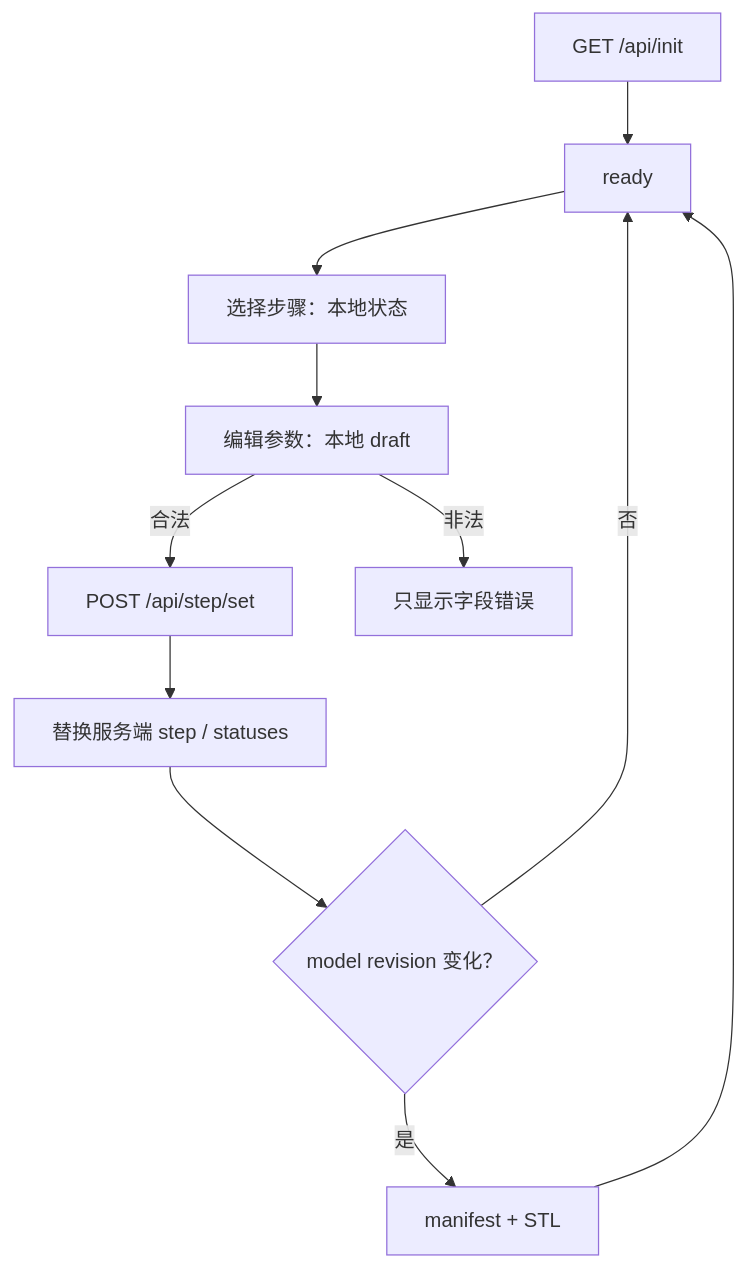
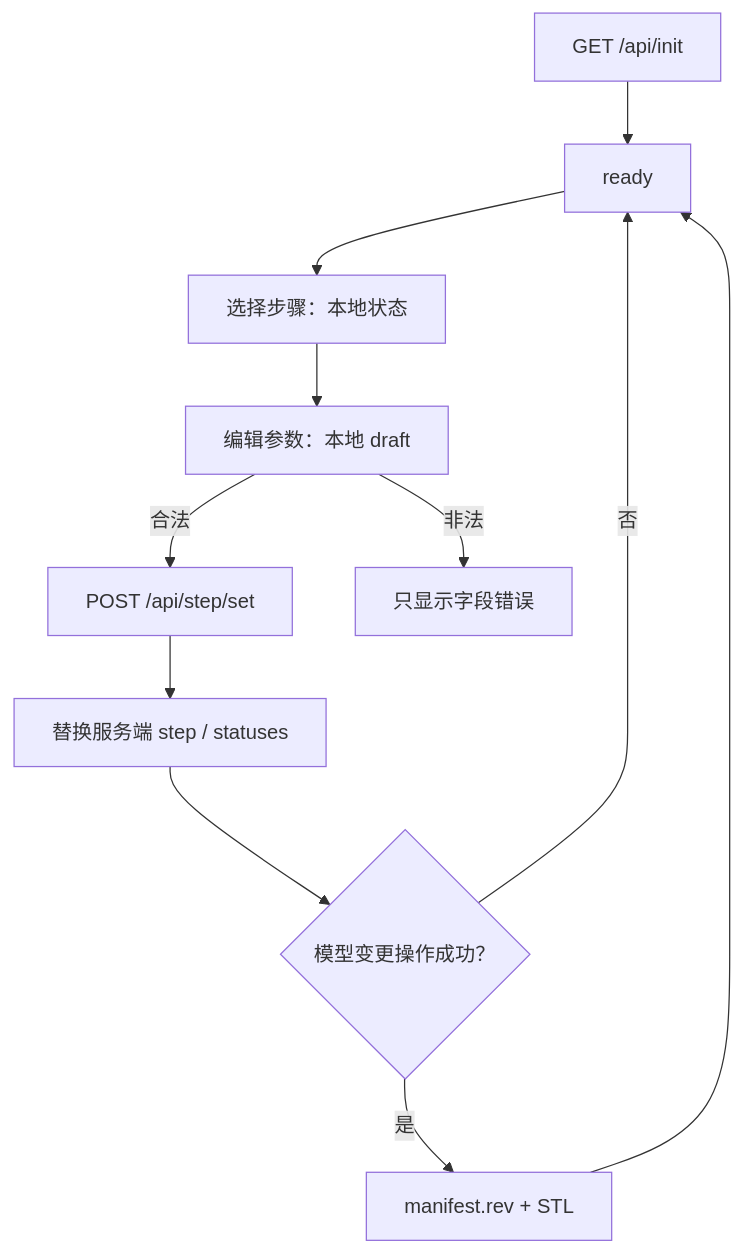
Before and after one commit to deepinwine/TCAD-Simulator: the second of 2 diagrams in docs/superpowers/specs/2026-08-30-m2-react-shell-design.md, drawn with Mermaid. The commit also changed other lines of this file, not shown here.

Commit message:
docs(M2): 修正 Viewer revision 契约

````diff
--- a/docs/superpowers/specs/2026-08-30-m2-react-shell-design.md
+++ b/docs/superpowers/specs/2026-08-30-m2-react-shell-design.md
@@ -187,13 +188,13 @@
 ```mermaid
 flowchart TD
     Boot["GET /api/init"] --> Ready["ready"]
     Ready --> Select["选择步骤：本地状态"]
     Select --> Draft["编辑参数：本地 draft"]
     Draft -->|合法| Save["POST /api/step/set"]
     Draft -->|非法| FieldError["只显示字段错误"]
     Save --> Status["替换服务端 step / statuses"]
-    Status --> Revision{"model revision 变化？"}
-    Revision -->|是| Mesh["manifest + STL"]
-    Revision -->|否| Ready
+    Status --> Refresh{"模型变更操作成功？"}
+    Refresh -->|是| Mesh["manifest.rev + STL"]
+    Refresh -->|否| Ready
     Mesh --> Ready
 ```
````
